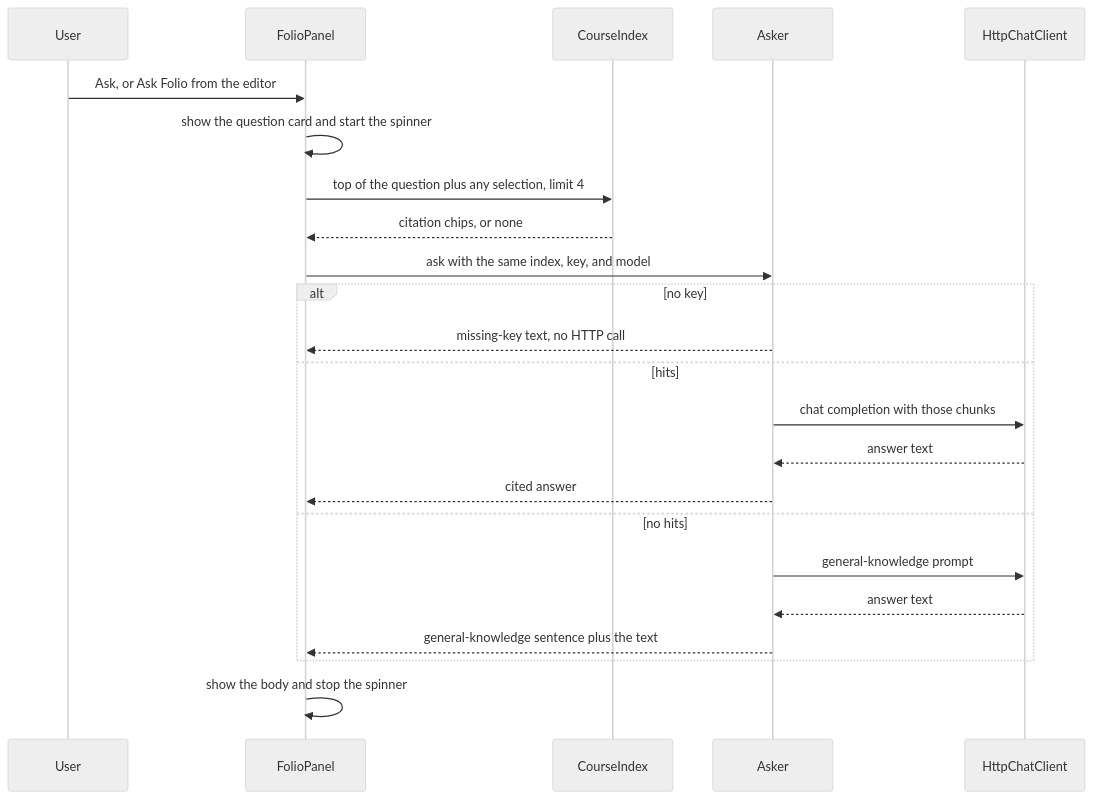
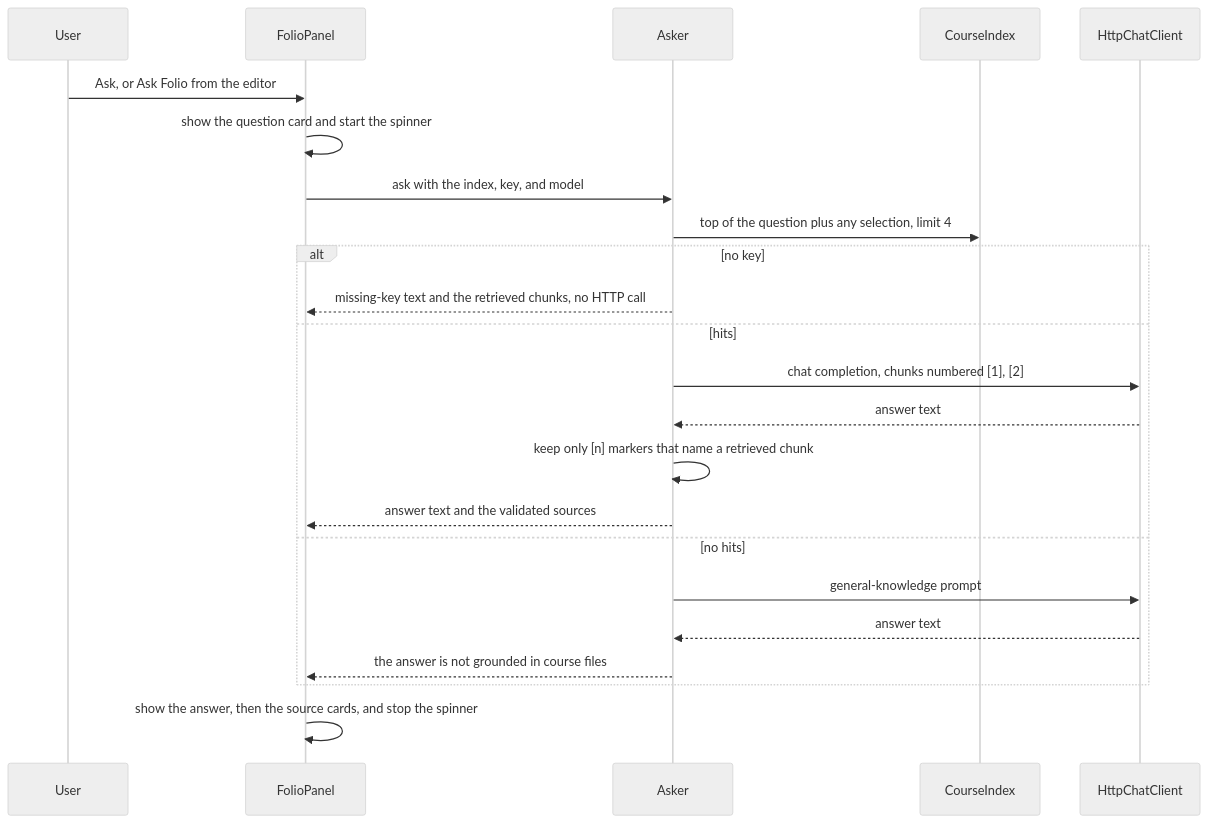
The third of 3 diagrams in README.md (TTAWDTT/folio), drawn with Mermaid (neutral theme) before and after one commit. The commit also changed other lines of this file and 6 other files, not shown here.

First line of the commit message:
Show Ask answers with the course chunks they cite.

````diff
--- a/README.md
+++ b/README.md
@@ -388,25 +395,25 @@
 ```mermaid
 sequenceDiagram
   participant User
   participant Panel as FolioPanel
+  participant Asker
   participant Index as CourseIndex
-  participant Asker
   participant HTTP as HttpChatClient
   User->>Panel: Ask, or Ask Folio from the editor
   Panel->>Panel: show the question card and start the spinner
-  Panel->>Index: top of the question plus any selection, limit 4
-  Index-->>Panel: citation chips, or none
-  Panel->>Asker: ask with the same index, key, and model
+  Panel->>Asker: ask with the index, key, and model
+  Asker->>Index: top of the question plus any selection, limit 4
   alt no key
-    Asker-->>Panel: missing-key text, no HTTP call
+    Asker-->>Panel: missing-key text and the retrieved chunks, no HTTP call
   else hits
-    Asker->>HTTP: chat completion with those chunks
+    Asker->>HTTP: chat completion, chunks numbered [1], [2]
     HTTP-->>Asker: answer text
-    Asker-->>Panel: cited answer
+    Asker->>Asker: keep only [n] markers that name a retrieved chunk
+    Asker-->>Panel: answer text and the validated sources
   else no hits
     Asker->>HTTP: general-knowledge prompt
     HTTP-->>Asker: answer text
-    Asker-->>Panel: general-knowledge sentence plus the text
+    Asker-->>Panel: the answer is not grounded in course files
   end
-  Panel->>Panel: show the body and stop the spinner
+  Panel->>Panel: show the answer, then the source cards, and stop the spinner
 ```
````
